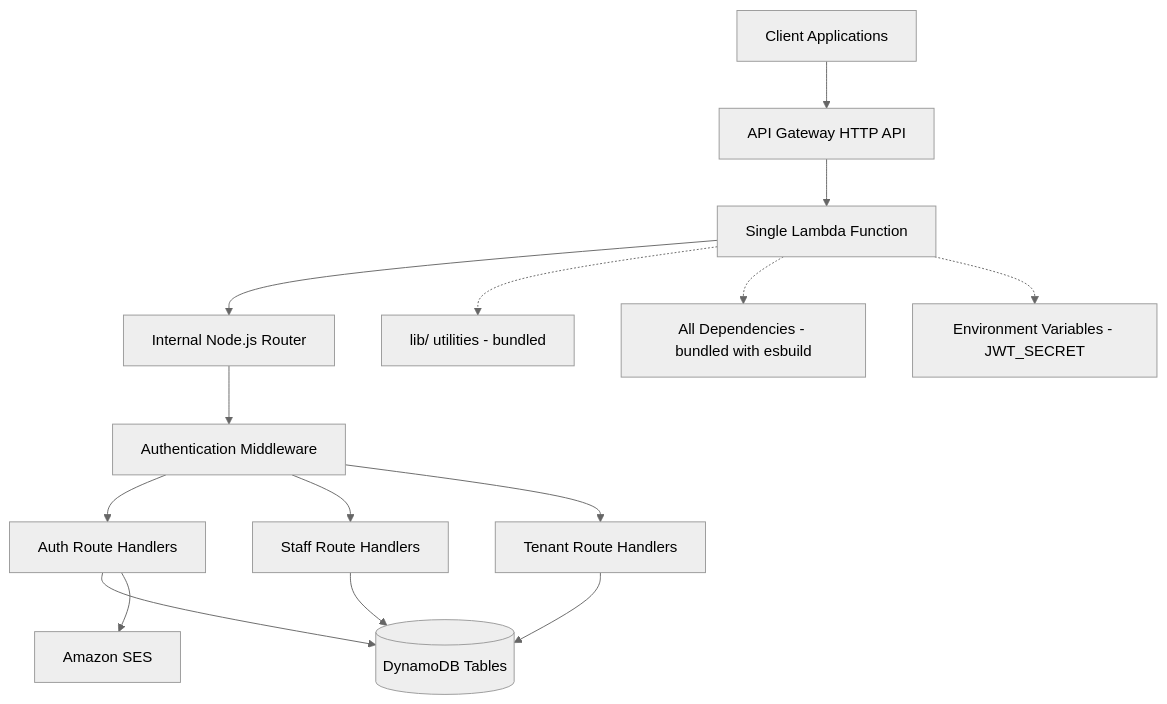
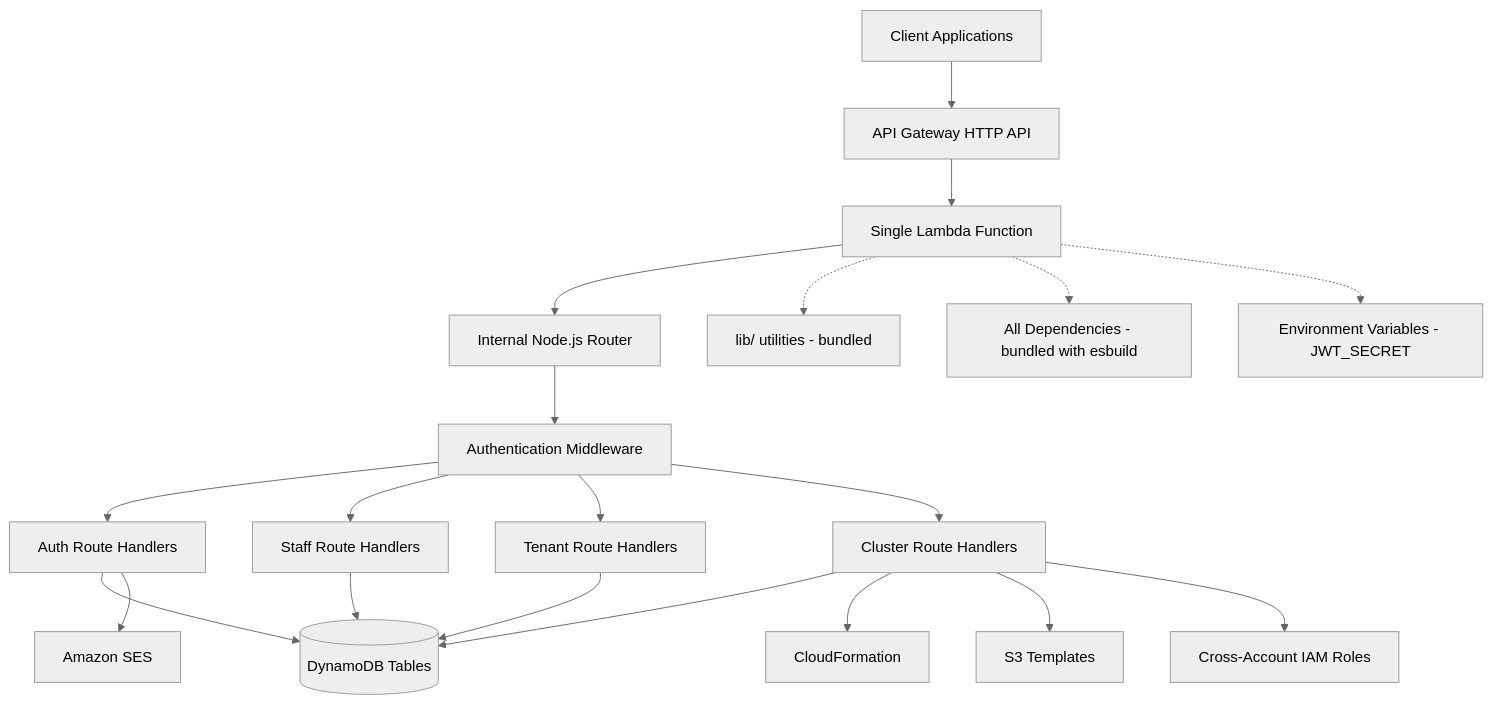
The diagram in .kiro/specs/aws-lambda-control-plane/design.md (iversion-git/onboard), drawn with Mermaid (neutral theme) before and after one commit. The commit also changed other lines of this file and 39 other files, not shown here.

````diff
--- a/.kiro/specs/aws-lambda-control-plane/design.md
+++ b/.kiro/specs/aws-lambda-control-plane/design.md
@@ -13,21 +13,26 @@
 ```mermaid
 graph TB
     Client[Client Applications] --> APIGW[API Gateway HTTP API]
     APIGW --> SingleLambda[Single Lambda Function]
     
     SingleLambda --> Router[Internal Node.js Router]
     Router --> AuthMiddleware[Authentication Middleware]
     AuthMiddleware --> AuthHandlers[Auth Route Handlers]
     AuthMiddleware --> StaffHandlers[Staff Route Handlers]
     AuthMiddleware --> TenantHandlers[Tenant Route Handlers]
+    AuthMiddleware --> ClusterHandlers[Cluster Route Handlers]
     
     AuthHandlers --> DDB[(DynamoDB Tables)]
     StaffHandlers --> DDB
     TenantHandlers --> DDB
+    ClusterHandlers --> DDB
     
     AuthHandlers --> SES[Amazon SES]
+    ClusterHandlers --> CFN[CloudFormation]
+    ClusterHandlers --> S3[S3 Templates]
+    ClusterHandlers --> CrossAccount[Cross-Account IAM Roles]
     
     SingleLambda -.-> LibUtils[lib/ utilities - bundled]
     SingleLambda -.-> BundledDeps[All Dependencies - bundled with esbuild]
     SingleLambda -.-> EnvVars[Environment Variables - JWT_SECRET]
 ```
````
